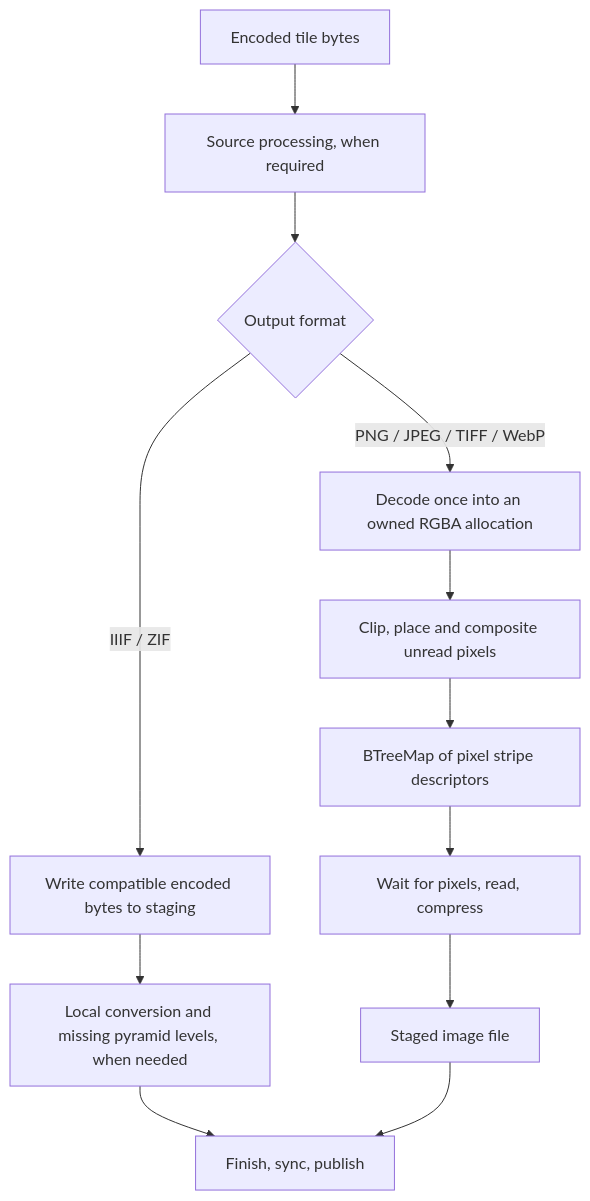
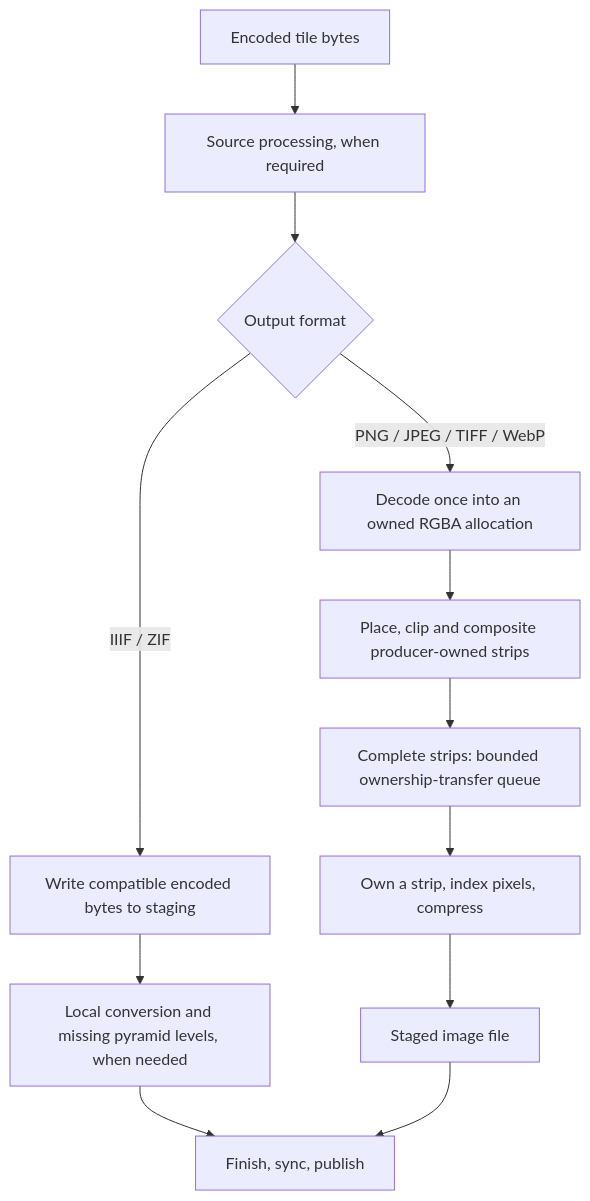
Before and after one commit to lovasoa/dezoomify: the diagram in docs/native-apps.md, drawn with Mermaid. The commit also changed other lines of this file and 8 other files, not shown here.

Commit message:
Transfer owned pixel strips to parallel encoders

````diff
--- a/docs/native-apps.md
+++ b/docs/native-apps.md
@@ -21,14 +21,14 @@
 ```mermaid
 flowchart TD
     Fetch["Encoded tile bytes"] --> Process["Source processing, when required"]
     Process --> Route{"Output format"}
     Route -->|IIIF / ZIF| Tiles["Write compatible encoded bytes to staging"]
     Route -->|PNG / JPEG / TIFF / WebP| Decode["Decode once into an owned RGBA allocation"]
-    Decode --> Producer["Clip, place and composite unread pixels"]
-    Producer --> Pipe["BTreeMap of pixel stripe descriptors"]
-    Pipe --> Encoder["Wait for pixels, read, compress"]
+    Decode --> Producer["Place, clip and composite producer-owned strips"]
+    Producer --> Queue["Complete strips: bounded ownership-transfer queue"]
+    Queue --> Encoder["Own a strip, index pixels, compress"]
     Encoder --> File["Staged image file"]
     Tiles --> Prepare["Local conversion and missing pyramid levels, when needed"]
     Prepare --> Publish["Finish, sync, publish"]
     File --> Publish
 ```
````
